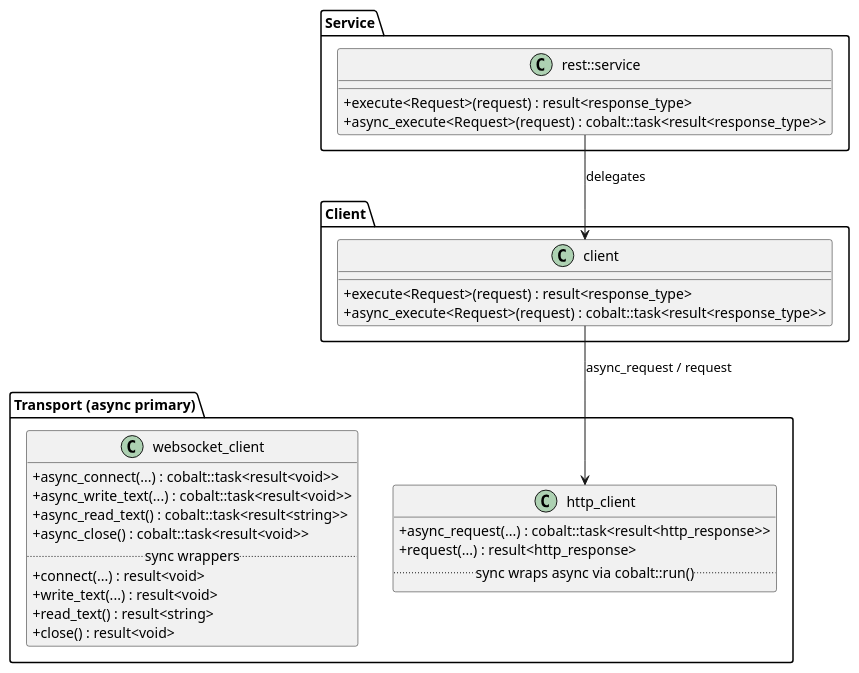
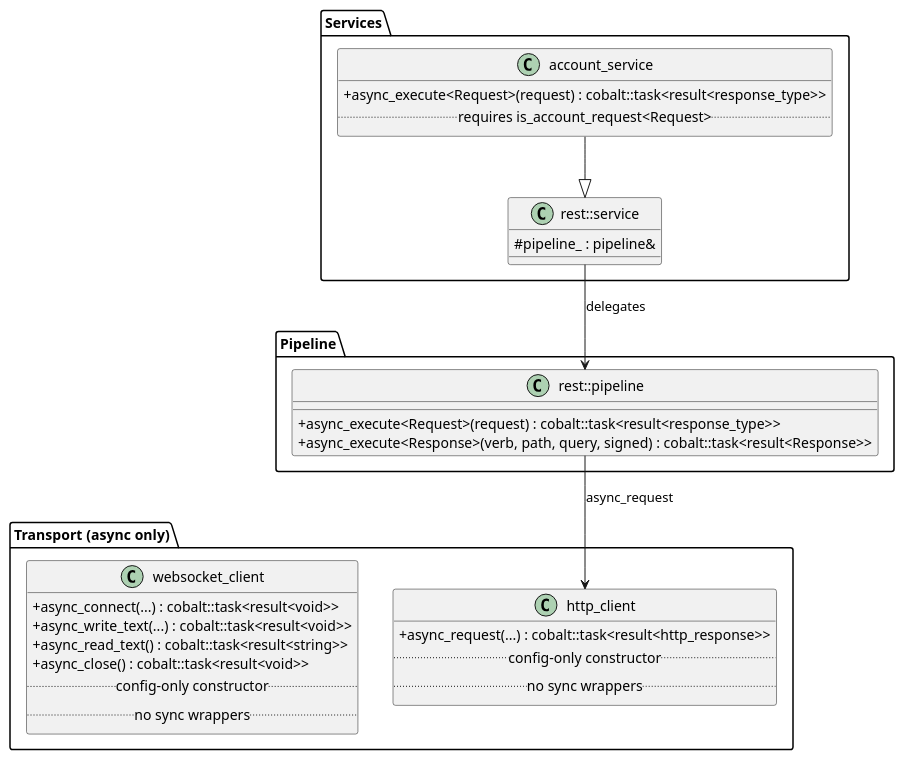
One commit to agutikov/binapi changed the second of 9 diagrams in docs/binapi2/DESIGN.md. Above: the diagram before and after it, drawn with PlantUML. The commit also changed other lines of this file and 7 other files, not shown here.

````diff
--- a/docs/binapi2/DESIGN.md
+++ b/docs/binapi2/DESIGN.md
@@ -95,42 +123,43 @@
 ```plantuml
 @startuml
 skinparam classAttributeIconSize 0
 
-package "Transport (async primary)" {
+package "Transport (async only)" {
   class http_client {
     +async_request(...) : cobalt::task<result<http_response>>
-    +request(...) : result<http_response>
-    .. sync wraps async via cobalt::run() ..
+    .. config-only constructor ..
+    .. no sync wrappers ..
   }
 
   class websocket_client {
     +async_connect(...) : cobalt::task<result<void>>
     +async_write_text(...) : cobalt::task<result<void>>
     +async_read_text() : cobalt::task<result<string>>
     +async_close() : cobalt::task<result<void>>
-    .. sync wrappers ..
-    +connect(...) : result<void>
-    +write_text(...) : result<void>
-    +read_text() : result<string>
-    +close() : result<void>
+    .. config-only constructor ..
+    .. no sync wrappers ..
   }
 }
 
-package "Client" {
-  class client {
-    +execute<Request>(request) : result<response_type>
+package "Pipeline" {
+  class "rest::pipeline" as pip {
     +async_execute<Request>(request) : cobalt::task<result<response_type>>
+    +async_execute<Response>(verb, path, query, signed) : cobalt::task<result<Response>>
   }
 }
 
-package "Service" {
+package "Services" {
   class "rest::service" as svc {
-    +execute<Request>(request) : result<response_type>
+    #pipeline_ : pipeline&
+  }
+  class "account_service" as acs {
     +async_execute<Request>(request) : cobalt::task<result<response_type>>
+    .. requires is_account_request<Request> ..
   }
 }
 
-svc --> client : delegates
-client --> http_client : async_request / request
+acs --|> svc
+svc --> pip : delegates
+pip --> http_client : async_request
 @enduml
 ```
````
